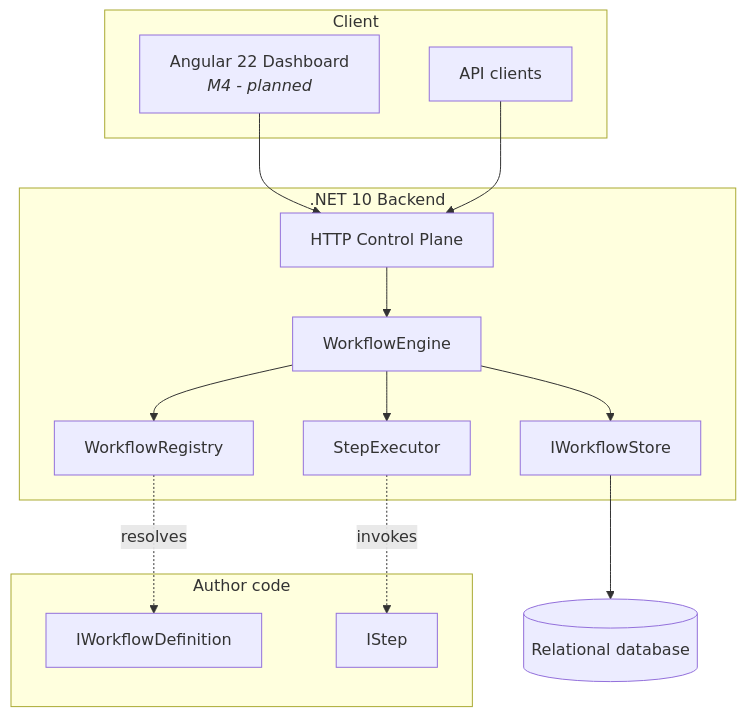
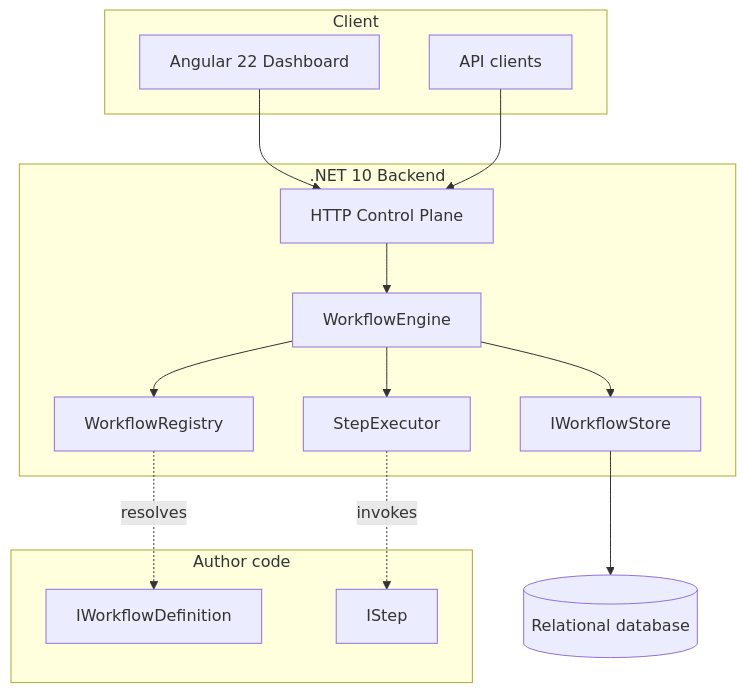
Before and after one commit to inferenceailab/FlowDeck: the first of 4 diagrams in docs/architecture.md, drawn with Mermaid. The commit also changed other lines of this file and 2 other files, not shown here.

````diff
--- a/docs/architecture.md
+++ b/docs/architecture.md
@@ -10,32 +10,32 @@
 ```mermaid
 graph TB
     subgraph client["Client"]
-        UI["Angular 22 Dashboard<br/><i>M4 - planned</i>"]
+        UI["Angular 22 Dashboard"]
         API_CLIENT["API clients"]
     end
 
     subgraph backend[".NET 10 Backend"]
         API["HTTP Control Plane"]
         ENGINE["WorkflowEngine"]
         REGISTRY["WorkflowRegistry"]
         EXECUTOR["StepExecutor"]
         STORE["IWorkflowStore"]
     end
 
     subgraph author["Author code"]
         DEFS["IWorkflowDefinition"]
         STEPS["IStep"]
     end
 
     DB[("Relational database")]
 
     UI --> API
     API_CLIENT --> API
     API --> ENGINE
     ENGINE --> REGISTRY
     ENGINE --> EXECUTOR
     ENGINE --> STORE
     REGISTRY -.resolves.-> DEFS
     EXECUTOR -.invokes.-> STEPS
     STORE --> DB
 ```
````
